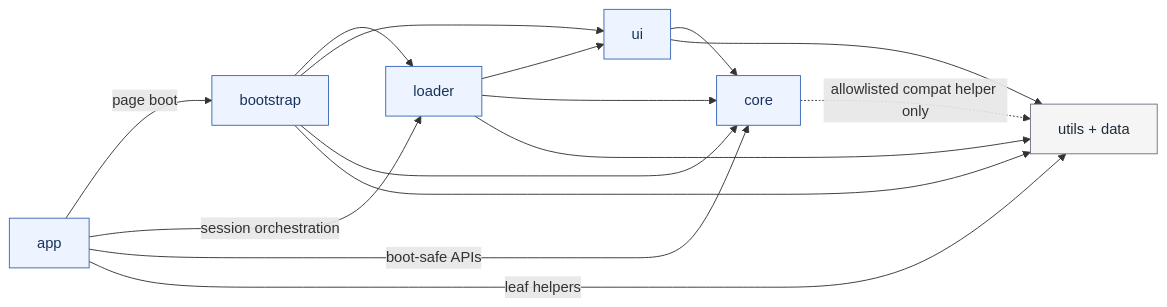
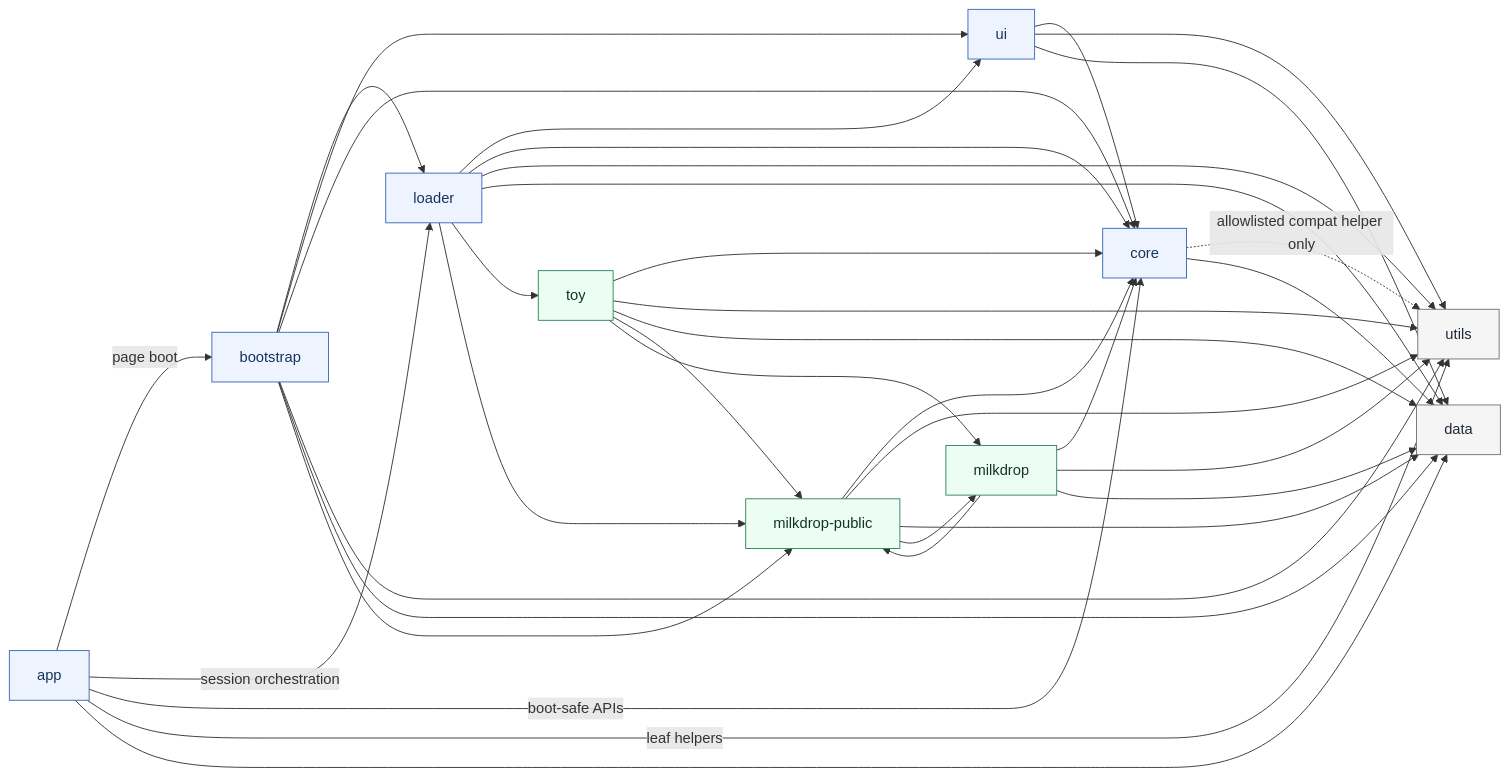
One commit to zz-plant/stims changed the third of 5 diagrams in docs/ARCHITECTURE.md. Above: the diagram before and after it, drawn with Mermaid. The commit also changed other lines of this file and 4 other files, not shown here.

Commit message:
Tighten MilkDrop architecture boundaries

````diff
--- a/docs/ARCHITECTURE.md
+++ b/docs/ARCHITECTURE.md
@@ -182,27 +185,53 @@
 ```mermaid
 flowchart LR
   classDef checkedNode fill:#eef4ff,stroke:#3867b7,color:#17325c,stroke-width:1px;
   classDef leafNode fill:#f5f5f5,stroke:#6b7280,color:#1f2937,stroke-width:1px;
+  classDef runtimeNode fill:#ecfdf3,stroke:#2f855a,color:#123524,stroke-width:1px;
 
   App["app"]:::checkedNode
   Bootstrap["bootstrap"]:::checkedNode
   Loader["loader"]:::checkedNode
   UI["ui"]:::checkedNode
   Core["core"]:::checkedNode
-  Utils["utils + data"]:::leafNode
+  Utils["utils"]:::leafNode
+  Data["data"]:::leafNode
+  Toy["toy"]:::runtimeNode
+  MilkdropPublic["milkdrop-public"]:::runtimeNode
+  Milkdrop["milkdrop"]:::runtimeNode
 
   App -->|page boot| Bootstrap
   App -->|session orchestration| Loader
   App -->|boot-safe APIs| Core
   App -->|leaf helpers| Utils
+  App --> Data
   Bootstrap --> Loader
   Bootstrap --> UI
   Bootstrap --> Core
   Bootstrap --> Utils
+  Bootstrap --> Data
+  Bootstrap --> MilkdropPublic
   Loader --> UI
   Loader --> Core
   Loader --> Utils
+  Loader --> Data
+  Loader --> Toy
+  Loader --> MilkdropPublic
   UI --> Core
   UI --> Utils
+  UI --> Data
   Core -. "allowlisted compat helper only" .-> Utils
+  Core --> Data
+  Toy --> Core
+  Toy --> Utils
+  Toy --> Data
+  Toy --> MilkdropPublic
+  Toy --> Milkdrop
+  MilkdropPublic --> Core
+  MilkdropPublic --> Utils
+  MilkdropPublic --> Data
+  MilkdropPublic --> Milkdrop
+  Milkdrop --> Core
+  Milkdrop --> Utils
+  Milkdrop --> Data
+  Milkdrop --> MilkdropPublic
 ```
````
